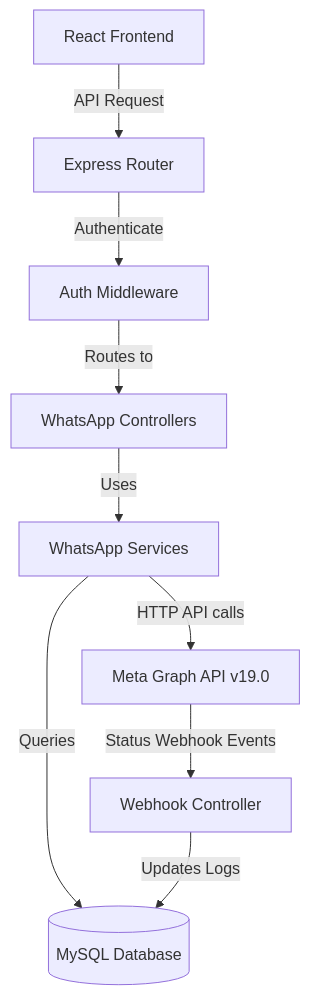
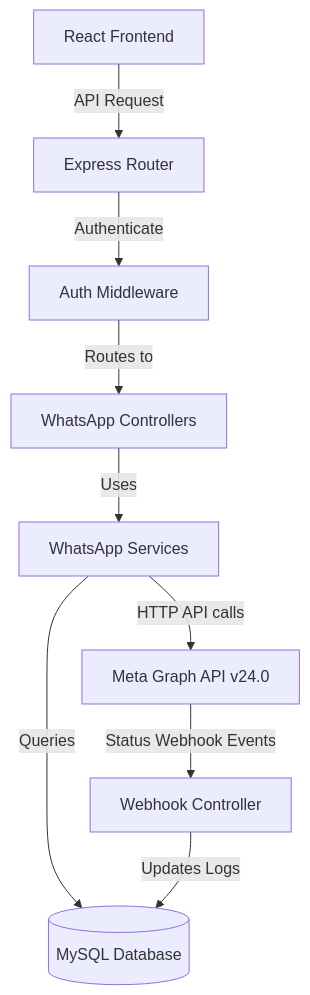
One commit to priyanshugargwhiteforce/WhiteForceMetaProject changed the diagram in WHATSAPP_MODULE_ANALYSIS_REPORT.md. Above: the diagram before and after it, drawn with Mermaid. The commit also changed other lines of this file and 44 other files, not shown here.

````diff
--- a/WHATSAPP_MODULE_ANALYSIS_REPORT.md
+++ b/WHATSAPP_MODULE_ANALYSIS_REPORT.md
@@ -44,11 +44,11 @@
 ```mermaid
 graph TD
     Client[React Frontend] -->|API Request| Router[Express Router]
     Router -->|Authenticate| ProtectMiddleware[Auth Middleware]
     ProtectMiddleware -->|Routes to| Controllers[WhatsApp Controllers]
     Controllers -->|Uses| Services[WhatsApp Services]
-    Services -->|HTTP API calls| MetaAPI[Meta Graph API v19.0]
+    Services -->|HTTP API calls| MetaAPI[Meta Graph API v24.0]
     Services -->|Queries| MySQL[(MySQL Database)]
     MetaAPI -->|Status Webhook Events| WebhookReceiver[Webhook Controller]
     WebhookReceiver -->|Updates Logs| MySQL
 ```
````
